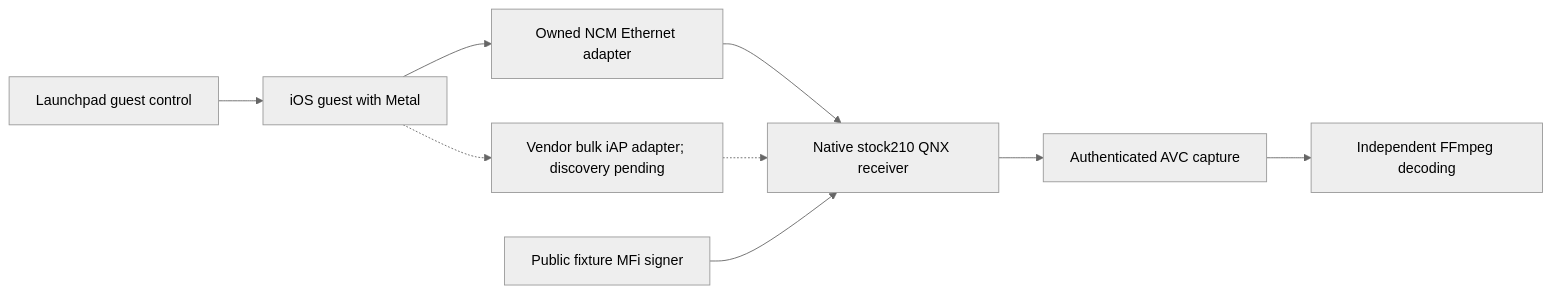
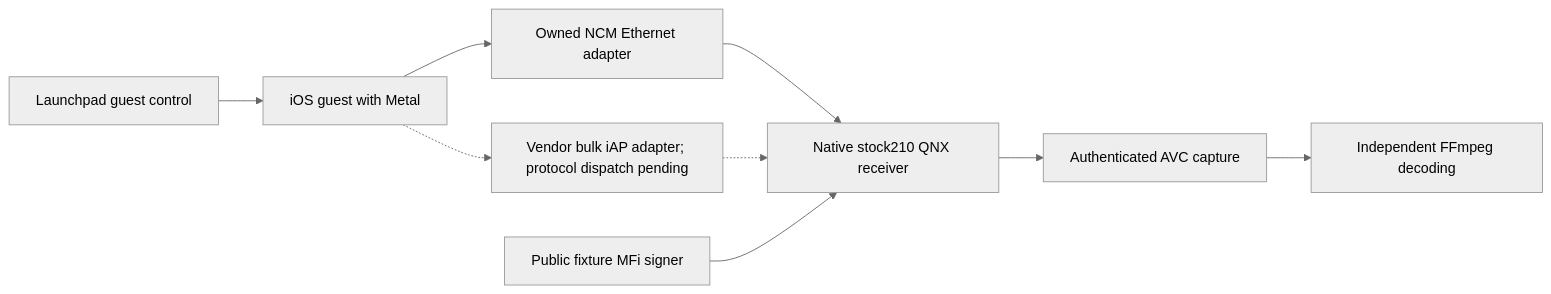
Before and after one commit to luka-dev/mib2q-carplay-rgi: the first of 2 diagrams in docs/wireless-carplay/VPHONE_LAB.md, drawn with Mermaid (neutral theme). The commit also changed other lines of this file and 4 other files, not shown here.

Commit message:
Wire native vphone dock-parent function and expose scoped stream experiments

````diff
--- a/docs/wireless-carplay/VPHONE_LAB.md
+++ b/docs/wireless-carplay/VPHONE_LAB.md
@@ -77,14 +77,14 @@
 ```mermaid
 flowchart LR
     accTitle: vphone CarPlay Laboratory Migration
-    accDescr: vphone renders native applications and reaches QNX through its original NCM link. The vendor bulk iAP adapter enumerates and accessoryd opens a native manager, but the USB port has no upstream link and authentication remains pending.
+    accDescr: vphone renders native applications and reaches QNX through its original NCM link. The vendor bulk iAP adapter enumerates and accessoryd opens a native manager, the USB port has a native upstream link, and authentication remains pending.
 
     launchpad["Launchpad guest control"] --> ios_guest["iOS guest with Metal"]
     ios_guest --> ethernet_adapter["Owned NCM Ethernet adapter"]
     ethernet_adapter --> qnx_receiver["Native stock210 QNX receiver"]
-    ios_guest -.-> iap_adapter["Vendor bulk iAP adapter; discovery pending"]
+    ios_guest -.-> iap_adapter["Vendor bulk iAP adapter; protocol dispatch pending"]
     iap_adapter -.-> qnx_receiver
     mfi_signer["Public fixture MFi signer"] --> qnx_receiver
     qnx_receiver --> video_capture["Authenticated AVC capture"]
     video_capture --> independent_decode["Independent FFmpeg decoding"]
 ```
````
